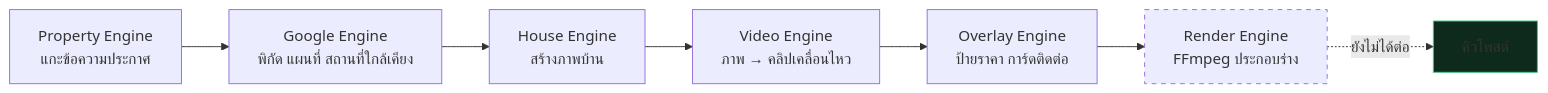
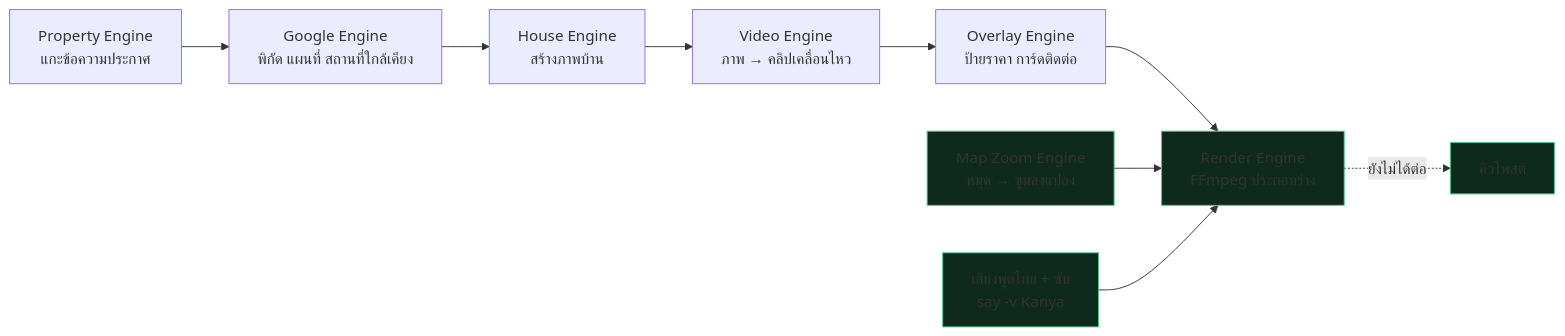
The second of 2 diagrams in 00_README.md (sorachat-cpu/AI-BIBLE-MMGS), drawn with Mermaid before and after one commit. The commit also changed other lines of this file and 17 other files, not shown here.

First line of the commit message:
feat: no-AI map-zoom + narrated story engine video pipeline

````diff
--- a/00_README.md
+++ b/00_README.md
@@ -49,12 +49,17 @@
 ```mermaid
 flowchart LR
   P["Property Engine<br/>แกะข้อความประกาศ"] --> G["Google Engine<br/>พิกัด แผนที่ สถานที่ใกล้เคียง"]
   G --> H["House Engine<br/>สร้างภาพบ้าน"]
   H --> V["Video Engine<br/>ภาพ → คลิปเคลื่อนไหว"]
   V --> O["Overlay Engine<br/>ป้ายราคา การ์ดติดต่อ"]
   O --> R["Render Engine<br/>FFmpeg ประกอบร่าง"]
   R -.->|"ยังไม่ได้ต่อ"| Q["คิวโพสต์"]
 
-  style R stroke-dasharray: 5 5
+  MZ["Map Zoom Engine<br/>หมุด → ซูมลงแปลง"] --> R
+  VO["เสียงพูดไทย + ซับ<br/>say -v Kanya"] --> R
+
+  style R fill:#0e2a1d,stroke:#4ac68a
+  style MZ fill:#0e2a1d,stroke:#4ac68a
+  style VO fill:#0e2a1d,stroke:#4ac68a
   style Q fill:#0e2a1d,stroke:#4ac68a
 ```
````
